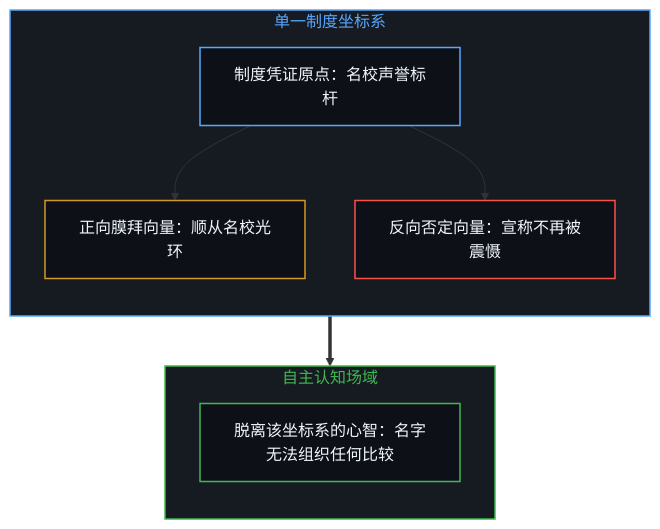
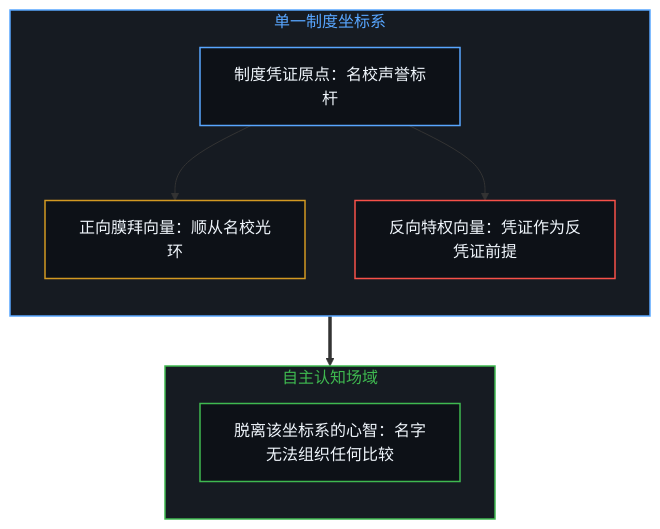
Before and after one commit to powerpig99/not-a-toe: the first of 8 diagrams in content/posts/the-unpriced-critic.md, drawn with Mermaid. The commit also changed other lines of this file and 4 other files, not shown here.

````diff
--- a/content/posts/the-unpriced-critic.md
+++ b/content/posts/the-unpriced-critic.md
@@ -13,27 +13,27 @@
 ```mermaid
 flowchart TD
     classDef default fill:#0d1117,stroke:#30363d,stroke-width:1px,color:#f0f6fc;
     classDef mind fill:#0d1117,stroke:#3fb950,stroke-width:1.5px,color:#f0f6fc;
     classDef warn fill:#0d1117,stroke:#d29922,stroke-width:1.5px,color:#f0f6fc;
     classDef fail fill:#0d1117,stroke:#f85149,stroke-width:1.5px,color:#f0f6fc;
     classDef model fill:#0d1117,stroke:#58a6ff,stroke-width:1.5px,color:#f0f6fc;
 
     subgraph S_Frame ["单一制度坐标系"]
         direction TB
         Origin["制度凭证原点：名校声誉标杆"]:::model
         PosVec["正向膜拜向量：顺从名校光环"]:::warn
-        NegVec["反向否定向量：宣称不再被震慑"]:::fail
+        NegVec["反向特权向量：凭证作为反凭证前提"]:::fail
         Origin --> PosVec
         Origin --> NegVec
     end
 
     subgraph S_Autonomous ["自主认知场域"]
         direction TB
         FreeMind["脱离该坐标系的心智：名字无法组织任何比较"]:::mind
     end
 
     S_Frame ==> S_Autonomous
 
     style S_Frame fill:#161b22,stroke:#58a6ff,stroke-width:1.5px,color:#58a6ff
     style S_Autonomous fill:#161b22,stroke:#3fb950,stroke-width:1.5px,color:#3fb950
 ```
````
